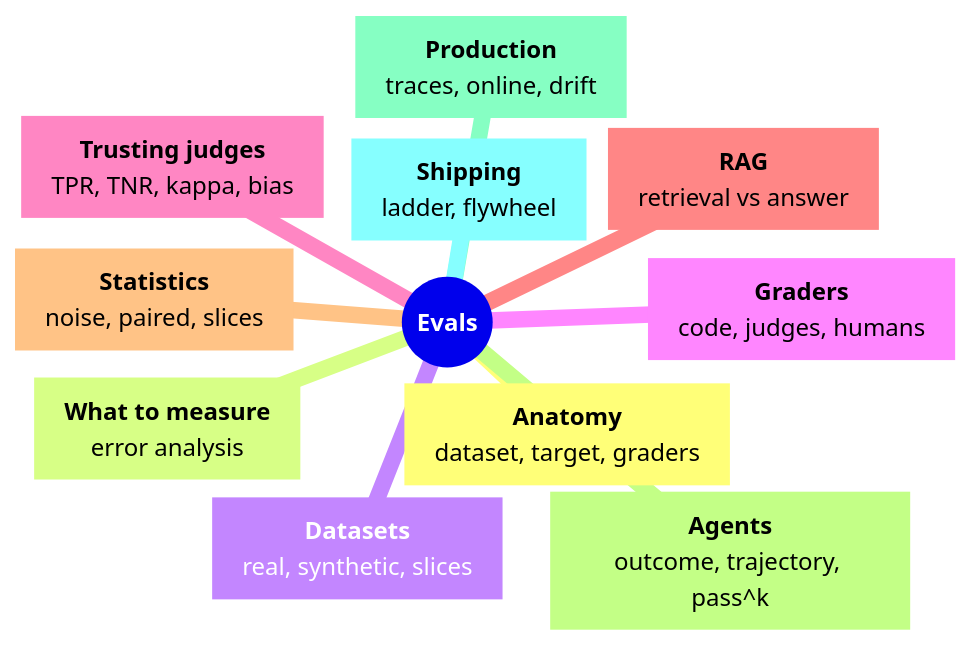
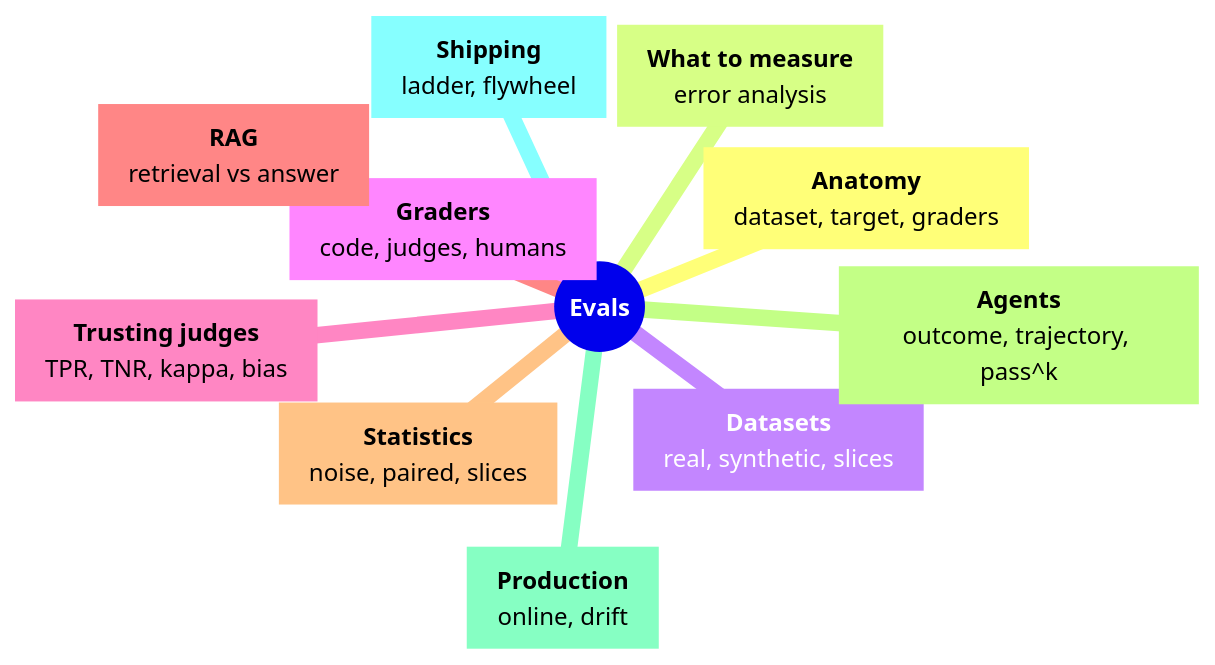
One commit to shubamchaudhary/CodeNITW changed the first of 6 diagrams in src/Data/aiStackDocs/CH-08.md. Above: the diagram before and after it, drawn with Mermaid. The commit also changed other lines of this file and 19 other files, not shown here.

````diff
--- a/src/Data/aiStackDocs/CH-08.md
+++ b/src/Data/aiStackDocs/CH-08.md
@@ -3,24 +3,24 @@
 ```mermaid
 mindmap
   root(("**Evals**"))
     n0["`**Anatomy**
     dataset, target, graders`"]
     n1["`**What to measure**
     error analysis`"]
     n2["`**Datasets**
     real, synthetic, slices`"]
     n3["`**Graders**
     code, judges, humans`"]
     n4["`**Trusting judges**
     TPR, TNR, kappa, bias`"]
     n5["`**RAG**
     retrieval vs answer`"]
     n6["`**Statistics**
     noise, paired, slices`"]
     n7["`**Agents**
     outcome, trajectory, pass^k`"]
     n8["`**Production**
-    traces, online, drift`"]
+    online, drift`"]
     n9["`**Shipping**
     ladder, flywheel`"]
 ```
````
